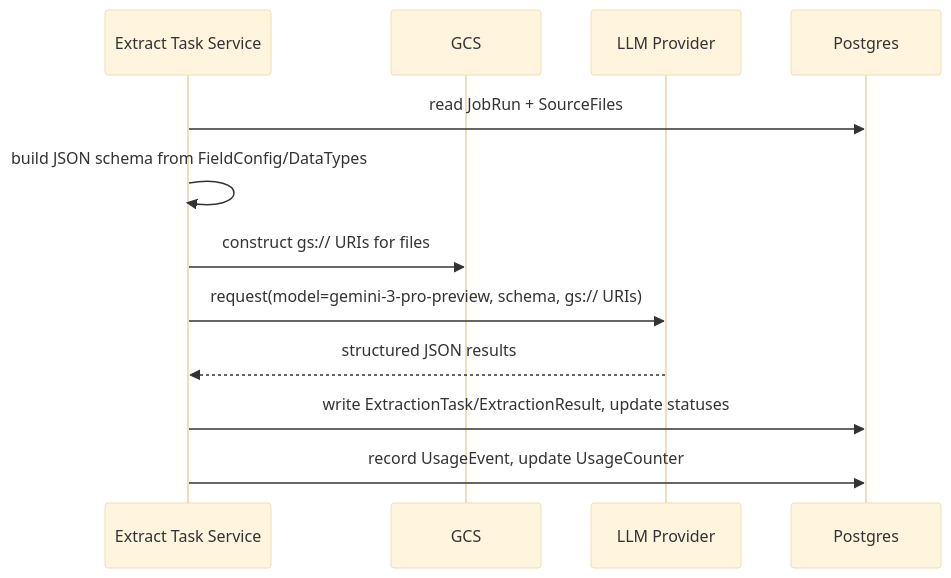
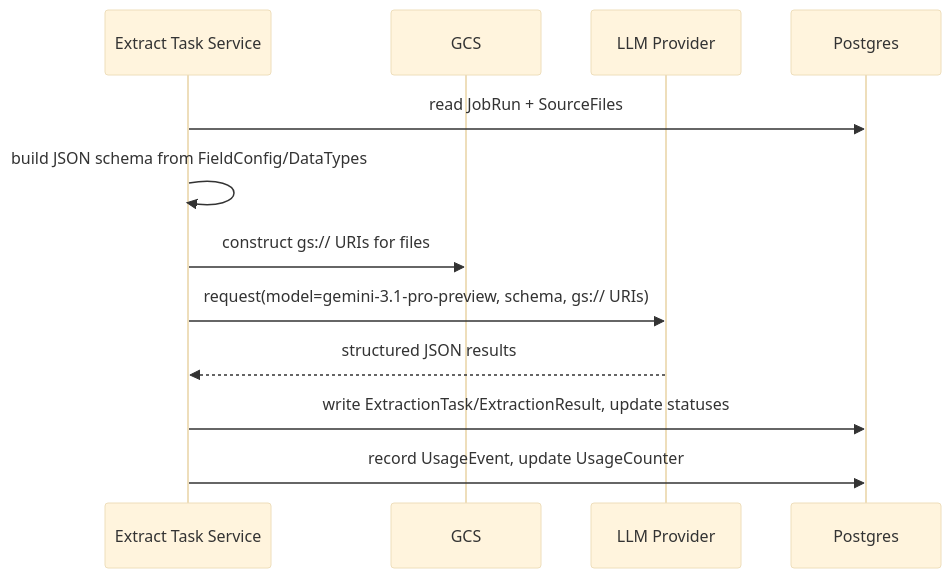
Before and after one commit to ghost1034/bytereview: the third of 6 diagrams in README.md, drawn with Mermaid (base theme). The commit also changed other lines of this file and 1 other file, not shown here.

Commit message:
Change default model from gemini-3-pro-preview to gemini-3.1-pro-preview

````diff
--- a/README.md
+++ b/README.md
@@ -243,15 +243,15 @@
 ```mermaid
 sequenceDiagram
   participant EX as Extract Task Service
   participant GCS as GCS
   participant LLM as LLM Provider
   participant DB as Postgres
 
   EX->>DB: read JobRun + SourceFiles
   EX->>EX: build JSON schema from FieldConfig/DataTypes
   EX->>GCS: construct gs:// URIs for files
-  EX->>LLM: request(model=gemini-3-pro-preview, schema, gs:// URIs)
+  EX->>LLM: request(model=gemini-3.1-pro-preview, schema, gs:// URIs)
   LLM-->>EX: structured JSON results
   EX->>DB: write ExtractionTask/ExtractionResult, update statuses
   EX->>DB: record UsageEvent, update UsageCounter
 ```
````
